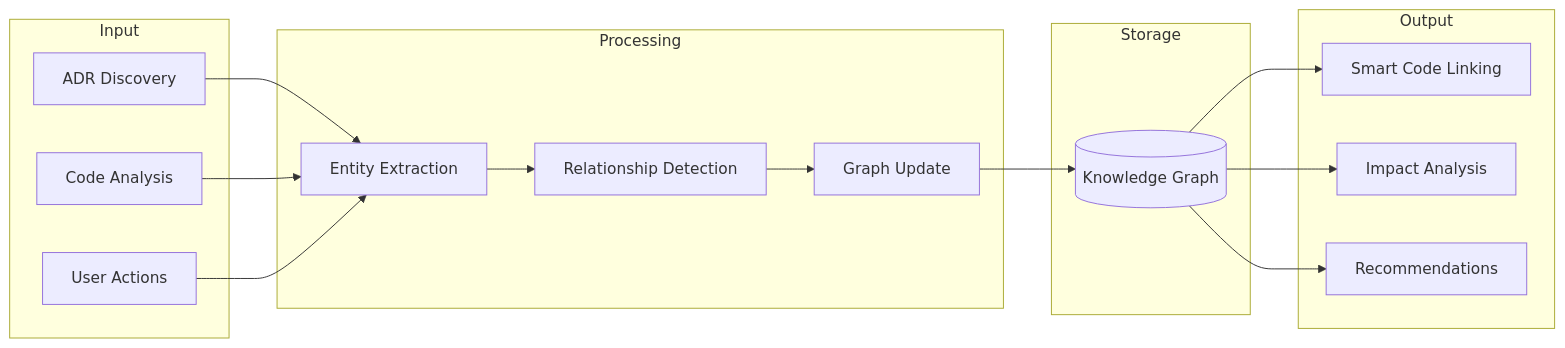
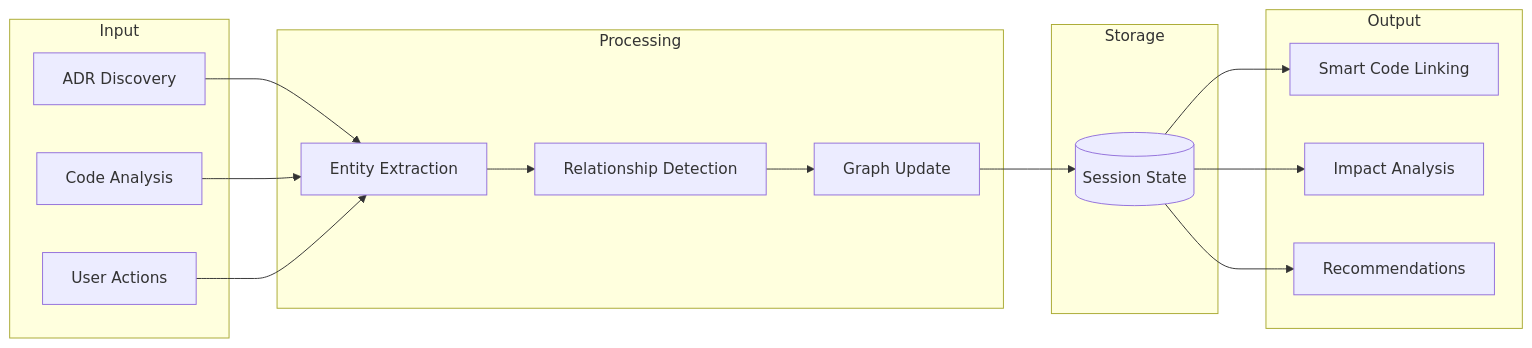
Before and after one commit to tosin2013/mcp-adr-analysis-server: the fourth of 5 diagrams in docs/explanation/architecture-overview.md, drawn with Mermaid. The commit also changed other lines of this file and 28 other files, not shown here.

First line of the commit message:
docs(naming): rename "Knowledge Graph" to "Session & Tool-Usage Tracker" (#1548) (#1606)

````diff
--- a/docs/explanation/architecture-overview.md
+++ b/docs/explanation/architecture-overview.md
@@ -168,27 +168,27 @@
 ```mermaid
 flowchart LR
     subgraph Input
         A[ADR Discovery]
         B[Code Analysis]
         C[User Actions]
     end
 
     subgraph Processing
         D[Entity Extraction]
         E[Relationship Detection]
         F[Graph Update]
     end
 
     subgraph Storage
-        G[(Knowledge Graph)]
+        G[(Session State)]
     end
 
     subgraph Output
         H[Smart Code Linking]
         I[Impact Analysis]
         J[Recommendations]
     end
 
     A & B & C --> D --> E --> F --> G
     G --> H & I & J
 ```
````
